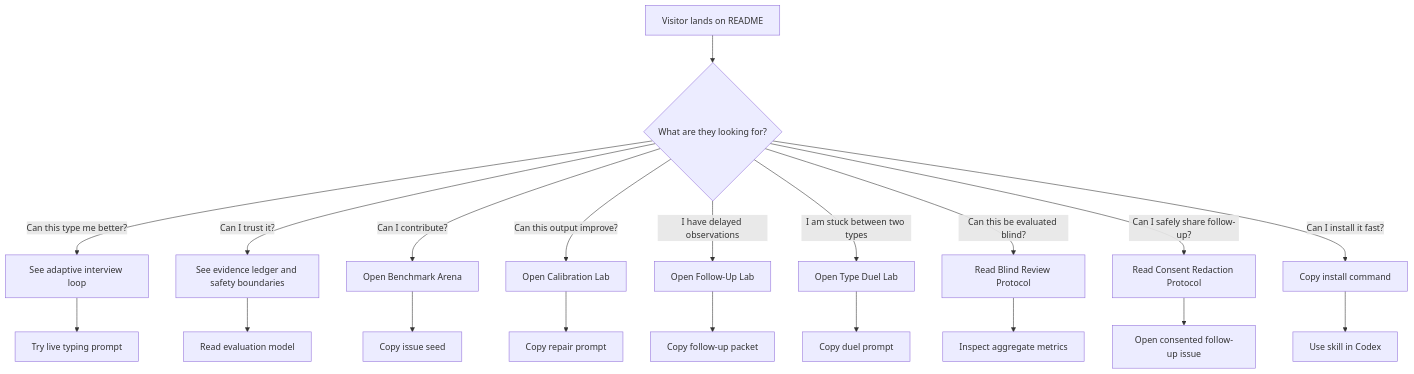
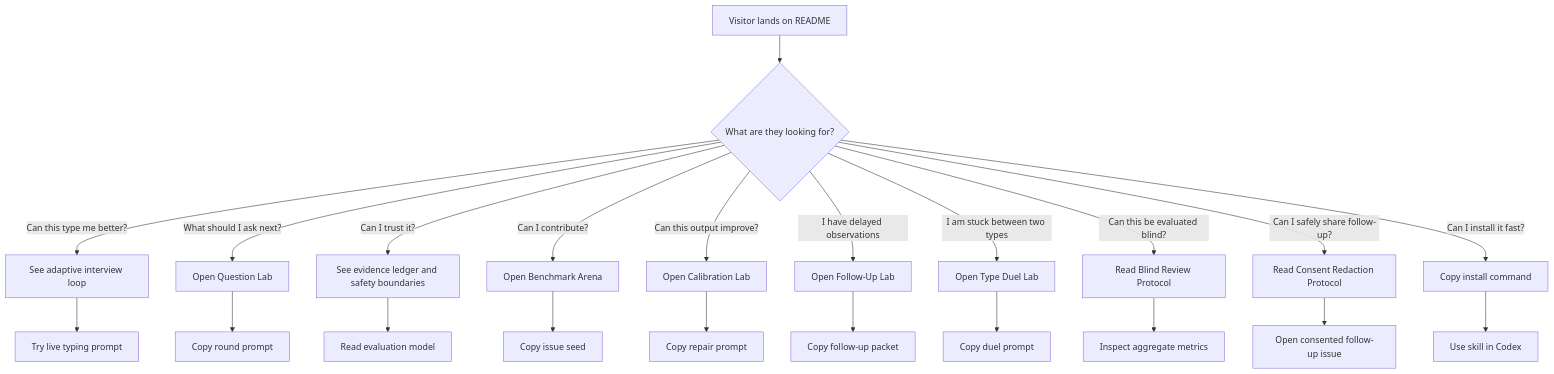
Before and after one commit to Zaoqu-Liu/mbti-typing-skill: the diagram in docs/github-ux.md, drawn with Mermaid. The commit also changed other lines of this file and 21 other files, not shown here.

Commit message:
Add question lab

````diff
--- a/docs/github-ux.md
+++ b/docs/github-ux.md
@@ -36,22 +37,24 @@
 ```mermaid
 flowchart TD
     A[Visitor lands on README] --> B{What are they looking for?}
     B -->|Can this type me better?| C[See adaptive interview loop]
+    B -->|What should I ask next?| U[Open Question Lab]
     B -->|Can I trust it?| D[See evidence ledger and safety boundaries]
     B -->|Can I contribute?| E[Open Benchmark Arena]
     B -->|Can this output improve?| K[Open Calibration Lab]
     B -->|I have delayed observations| Q[Open Follow-Up Lab]
     B -->|I am stuck between two types| S[Open Type Duel Lab]
     B -->|Can this be evaluated blind?| M[Read Blind Review Protocol]
     B -->|Can I safely share follow-up?| O[Read Consent Redaction Protocol]
     B -->|Can I install it fast?| F[Copy install command]
     C --> G[Try live typing prompt]
     D --> H[Read evaluation model]
     E --> I[Copy issue seed]
+    U --> V[Copy round prompt]
     K --> L[Copy repair prompt]
     Q --> R[Copy follow-up packet]
     S --> T[Copy duel prompt]
     M --> N[Inspect aggregate metrics]
     O --> P[Open consented follow-up issue]
     F --> J[Use skill in Codex]
 ```
````
